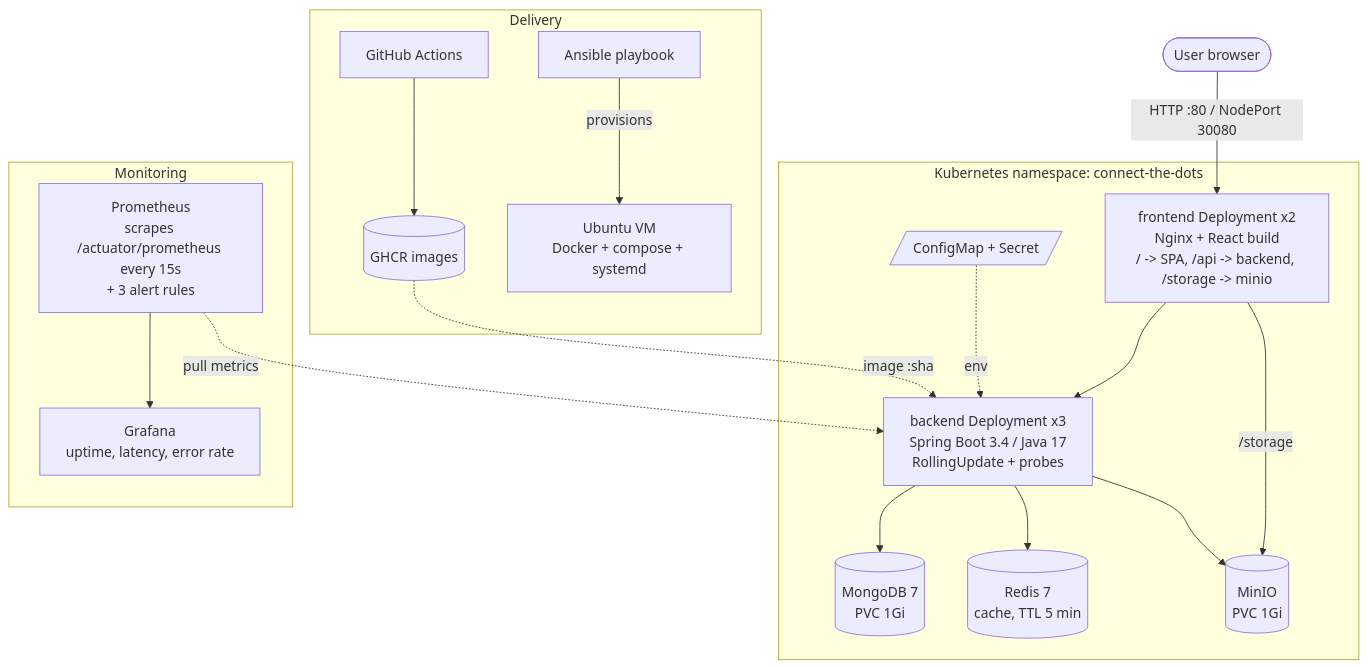
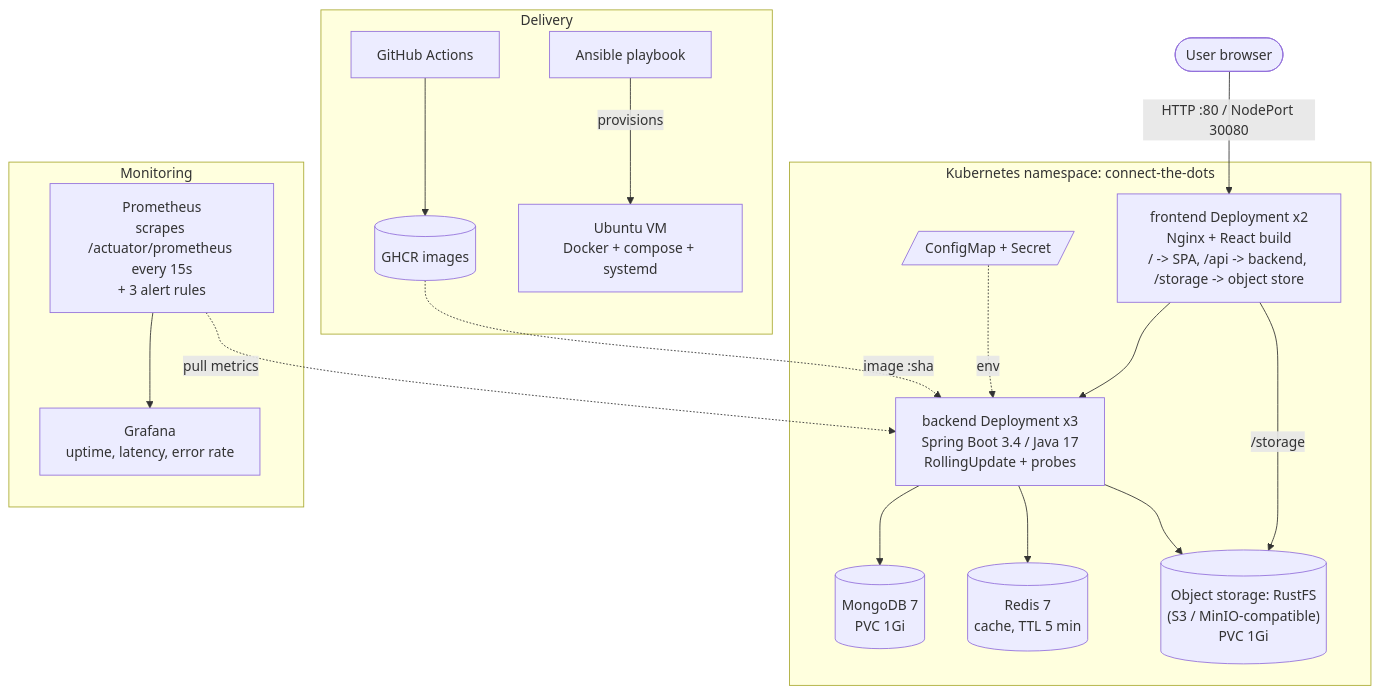
One commit to saumya08-07/Connect-The-Dots changed the diagram in docs/diagrams/architecture.mmd. Above: the diagram before and after it, drawn with Mermaid. The commit also changed 7 other files, not shown here.

Commit message:
Replace MinIO image with RustFS (MinIO images removed from Docker Hub)

```diff
--- a/docs/diagrams/architecture.mmd
+++ b/docs/diagrams/architecture.mmd
@@ -1,30 +1,30 @@
 flowchart TB
     U([User browser]) -->|HTTP :80 / NodePort 30080| NG
 
     subgraph K8S["Kubernetes namespace: connect-the-dots"]
-        NG["frontend Deployment x2<br/>Nginx + React build<br/>/ -> SPA, /api -> backend, /storage -> minio"]
+        NG["frontend Deployment x2<br/>Nginx + React build<br/>/ -> SPA, /api -> backend, /storage -> object store"]
         BE["backend Deployment x3<br/>Spring Boot 3.4 / Java 17<br/>RollingUpdate + probes"]
         MG[("MongoDB 7<br/>PVC 1Gi")]
         RD[("Redis 7<br/>cache, TTL 5 min")]
-        MN[("MinIO<br/>PVC 1Gi")]
+        MN[("Object storage: RustFS<br/>(S3 / MinIO-compatible)<br/>PVC 1Gi")]
         CM[/"ConfigMap + Secret"/]
         NG --> BE
         NG -->|/storage| MN
         BE --> MG
         BE --> RD
         BE --> MN
         CM -.->|env| BE
     end
 
     subgraph MON["Monitoring"]
         PR["Prometheus<br/>scrapes /actuator/prometheus every 15s<br/>+ 3 alert rules"]
         GF["Grafana<br/>uptime, latency, error rate"]
         PR --> GF
     end
     PR -.->|pull metrics| BE
 
     subgraph PIPE["Delivery"]
         GA["GitHub Actions"] --> GHCR[("GHCR images")]
         AN["Ansible playbook"] -->|provisions| VM["Ubuntu VM<br/>Docker + compose + systemd"]
     end
     GHCR -.->|image :sha| BE
```
